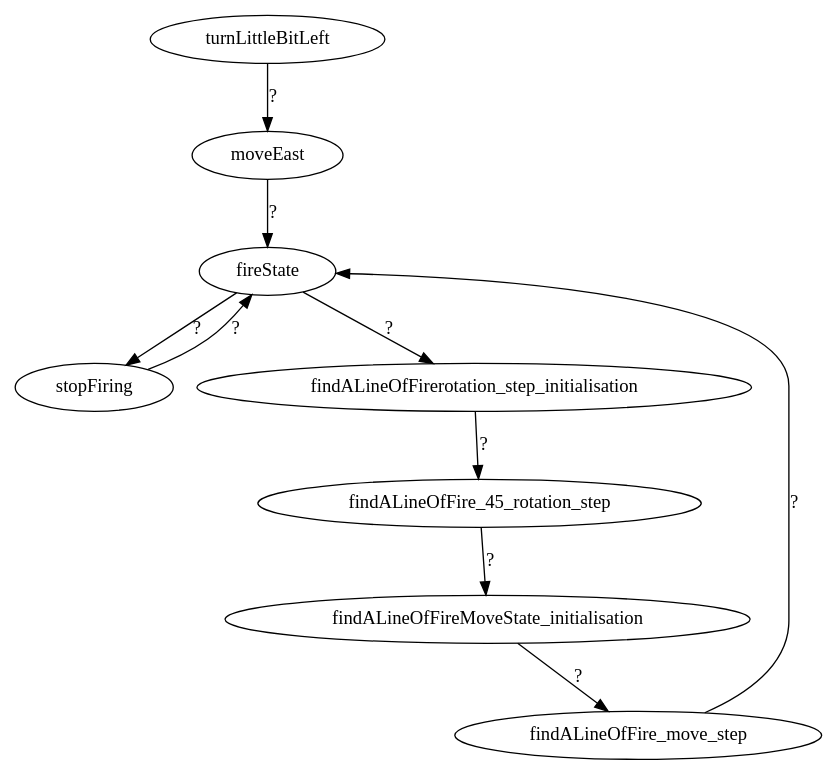
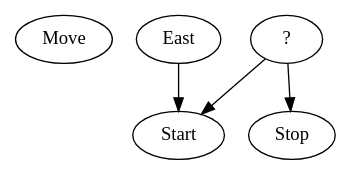
The diagram in mainBotStateMachine.dot (aboubacardiawara/Robot), drawn with Graphviz before and after one commit. The commit also changed 4 other files, not shown here.

Commit message:
moveEsat, detect and fire

```diff
--- a/mainBotStateMachine.dot
+++ b/mainBotStateMachine.dot
@@ -1,11 +1,5 @@
 digraph G {
-turnLittleBitLeft -> moveEast [label="?"];
-moveEast -> fireState [label="?"];
-fireState -> stopFiring [label="?"];
-stopFiring -> fireState [label="?"];
-fireState -> findALineOfFirerotation_step_initialisation [label="?"];
-findALineOfFirerotation_step_initialisation -> findALineOfFire_45_rotation_step [label="?"];
-findALineOfFire_45_rotation_step -> findALineOfFireMoveState_initialisation [label="?"];
-findALineOfFireMoveState_initialisation -> findALineOfFire_move_step [label="?"];
-findALineOfFire_move_step -> fireState [label="?"];
+Move East -> Start Fire [label="?"];
+Start Fire -> Stop Fire [label="?"];
+Stop Fire -> Start Fire [label="?"];
 }
```
